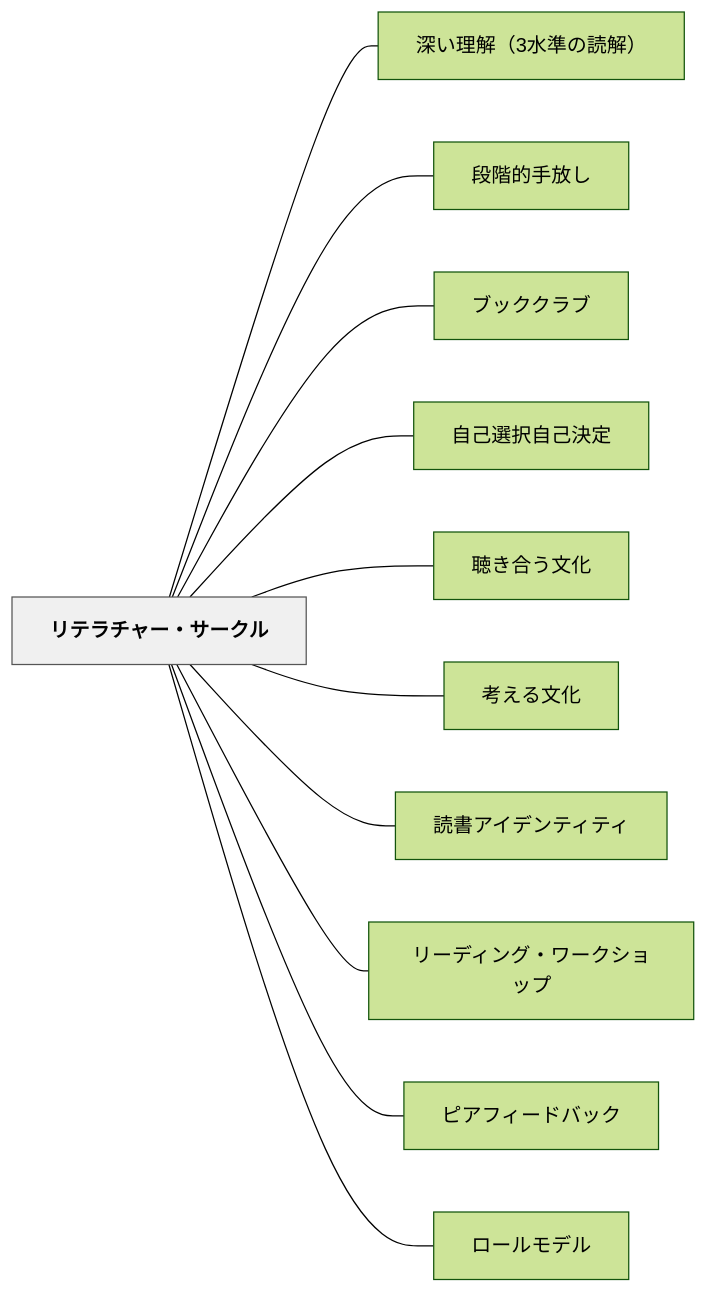
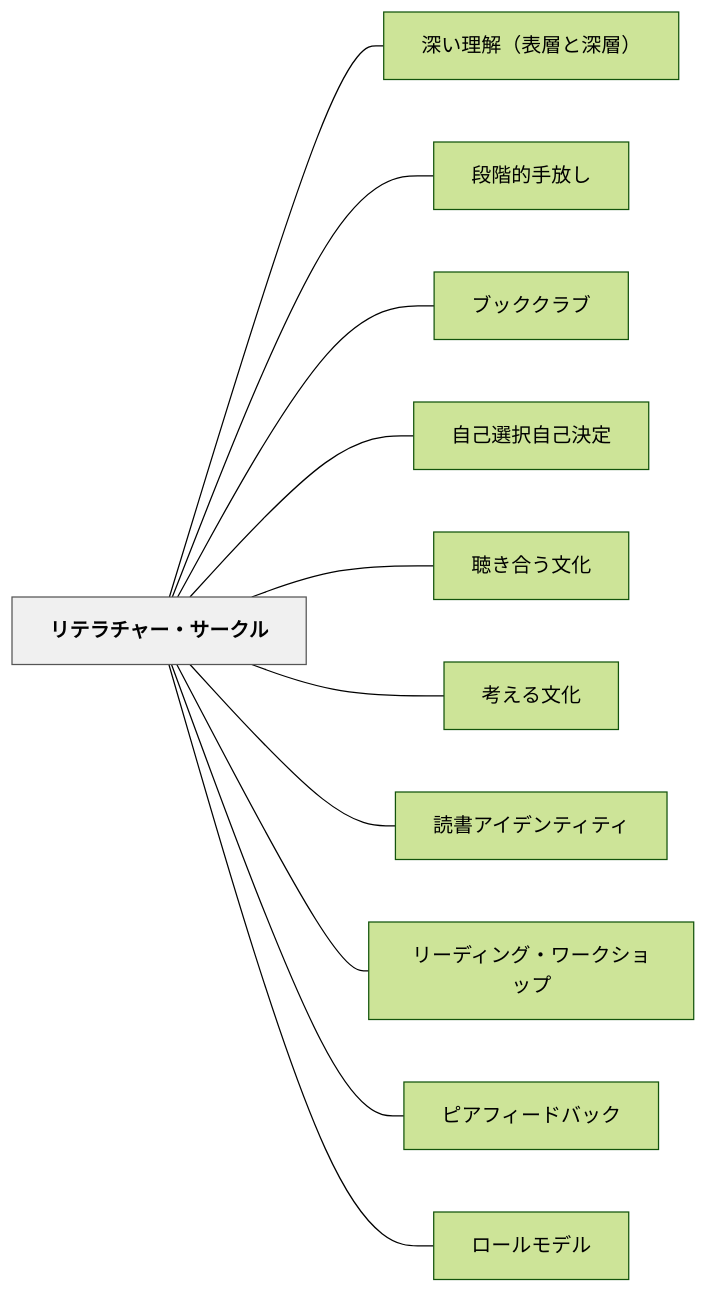
One commit to unknownthings-ed-patterns/unknownthings-ed-patterns changed the diagram in content/パタン/リテラチャー・サークル.md. Above: the diagram before and after it, drawn with Mermaid (forest theme). The commit also changed other lines of this file and 26 other files, not shown here.

````diff
--- a/content/パタン/リテラチャー・サークル.md
+++ b/content/パタン/リテラチャー・サークル.md
@@ -163,28 +163,28 @@
 ```mermaid
 flowchart LR
     ne383aae38386e383a9e38381e383a3e383bce383bbe382b5e383bce382afe383ab["リテラチャー・サークル"]
-    ne6b7b1e38184e79086e8a7a3efbc8833e6b0b4e6ba96e381aee8aaade8a7a3efbc89["深い理解（3水準の読解）"]
+    ne6b7b1e38184e79086e8a7a3efbc88e8a1a8e5b1a4e381a8e6b7b1e5b1a4efbc89["深い理解（表層と深層）"]
     ne6aeb5e99a8ee79a84e6898be694bee38197["段階的手放し"]
     ne38396e38383e382afe382afe383a9e38396["ブッククラブ"]
     ne887aae5b7b1e981b8e68a9ee887aae5b7b1e6b1bae5ae9a["自己選択自己決定"]
     ne881b4e3818de59088e38186e69687e58c96["聴き合う文化"]
     ne88083e38188e3828be69687e58c96["考える文化"]
     ne8aaade69bb8e382a2e382a4e38387e383b3e38386e382a3e38386e382a3["読書アイデンティティ"]
     ne383aae383bce38387e382a3e383b3e382b0e383bbe383afe383bce382afe382b7e383a7e38383e38397["リーディング・ワークショップ"]
     ne38394e382a2e38395e382a3e383bce38389e38390e38383e382af["ピアフィードバック"]
     ne383ade383bce383abe383a2e38387e383ab["ロールモデル"]
 
-    ne383aae38386e383a9e38381e383a3e383bce383bbe382b5e383bce382afe383ab --- ne6b7b1e38184e79086e8a7a3efbc8833e6b0b4e6ba96e381aee8aaade8a7a3efbc89
+    ne383aae38386e383a9e38381e383a3e383bce383bbe382b5e383bce382afe383ab --- ne6b7b1e38184e79086e8a7a3efbc88e8a1a8e5b1a4e381a8e6b7b1e5b1a4efbc89
     ne383aae38386e383a9e38381e383a3e383bce383bbe382b5e383bce382afe383ab --- ne6aeb5e99a8ee79a84e6898be694bee38197
     ne383aae38386e383a9e38381e383a3e383bce383bbe382b5e383bce382afe383ab --- ne38396e38383e382afe382afe383a9e38396
     ne383aae38386e383a9e38381e383a3e383bce383bbe382b5e383bce382afe383ab --- ne887aae5b7b1e981b8e68a9ee887aae5b7b1e6b1bae5ae9a
     ne383aae38386e383a9e38381e383a3e383bce383bbe382b5e383bce382afe383ab --- ne881b4e3818de59088e38186e69687e58c96
     ne383aae38386e383a9e38381e383a3e383bce383bbe382b5e383bce382afe383ab --- ne88083e38188e3828be69687e58c96
     ne383aae38386e383a9e38381e383a3e383bce383bbe382b5e383bce382afe383ab --- ne8aaade69bb8e382a2e382a4e38387e383b3e38386e382a3e38386e382a3
     ne383aae38386e383a9e38381e383a3e383bce383bbe382b5e383bce382afe383ab --- ne383aae383bce38387e382a3e383b3e382b0e383bbe383afe383bce382afe382b7e383a7e38383e38397
     ne383aae38386e383a9e38381e383a3e383bce383bbe382b5e383bce382afe383ab --- ne38394e382a2e38395e382a3e383bce38389e38390e38383e382af
     ne383aae38386e383a9e38381e383a3e383bce383bbe382b5e383bce382afe383ab --- ne383ade383bce383abe383a2e38387e383ab
 
     classDef hub fill:#f0f0f0,stroke:#555,color:#000,font-weight:bold
     class ne383aae38386e383a9e38381e383a3e383bce383bbe382b5e383bce382afe383ab hub
 ```
````
